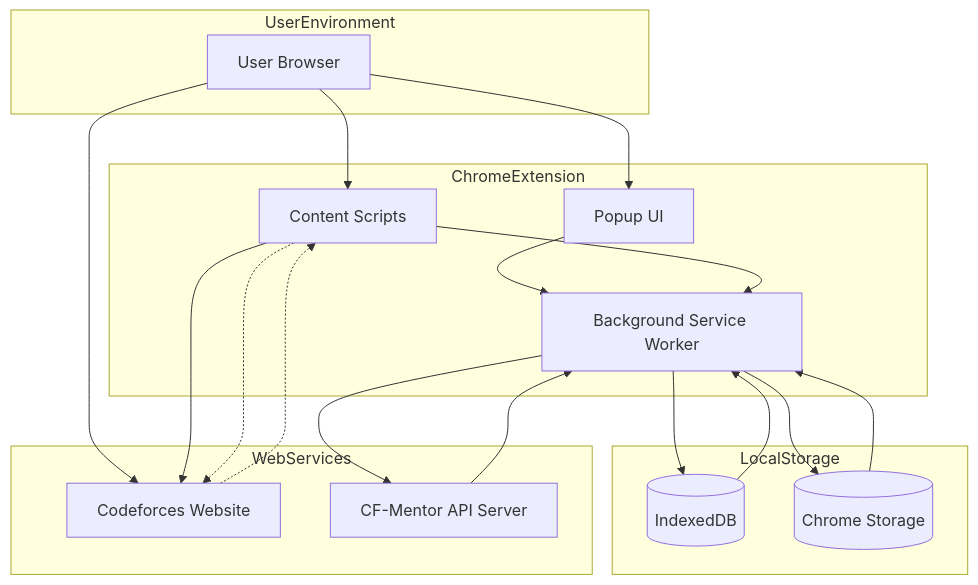
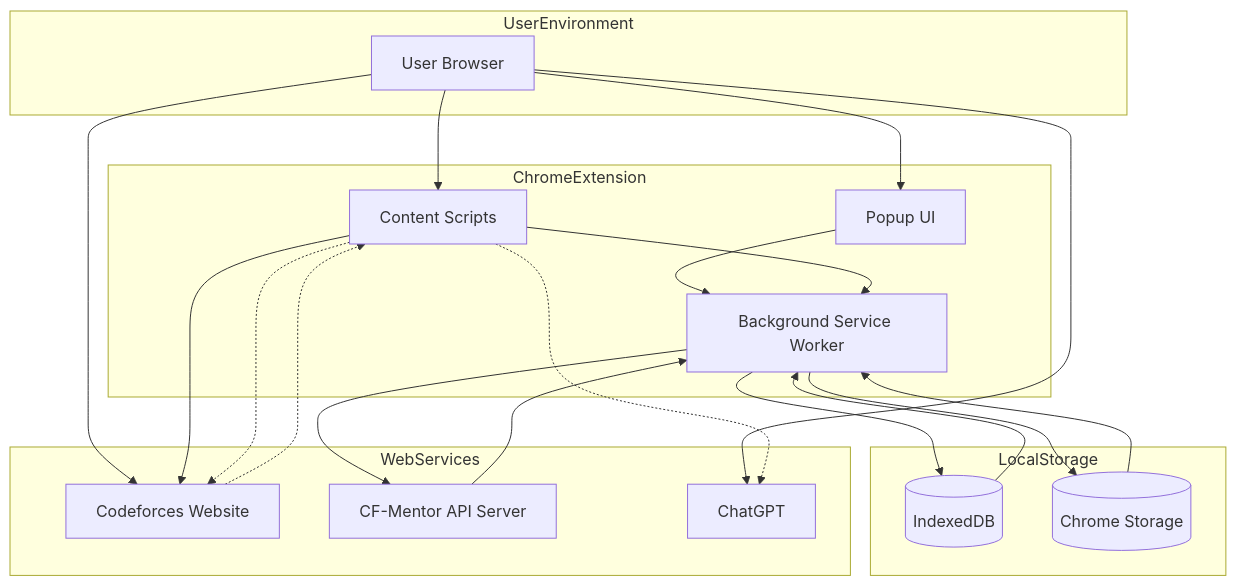
Before and after one commit to aftabnaik19/CF-Mentor: the diagram in .github/diagrams/deployment-diagram.md, drawn with Mermaid. The commit also changed 8 other files, not shown here.

````diff
--- a/.github/diagrams/deployment-diagram.md
+++ b/.github/diagrams/deployment-diagram.md
@@ -3,41 +3,44 @@
 ```mermaid
 graph TD
     subgraph UserEnvironment
         UB[User Browser]
     end
 
     subgraph ChromeExtension
         BG[Background Service Worker]
         POP[Popup UI]
         CS[Content Scripts]
     end
 
     subgraph WebServices
         CF[Codeforces Website]
         API[CF-Mentor API Server]
+        AI[ChatGPT]
     end
 
     subgraph LocalStorage
         IDB[(IndexedDB)]
         CHST[(Chrome Storage)]
     end
 
     UB --> POP
     UB --> CS
     UB --> CF
+    UB --> AI
 
     POP --> BG
     CS --> BG
     CS --> CF
+    CS -.-> AI
 
     BG --> API
     BG --> IDB
     BG --> CHST
 
     API --> BG
     IDB --> BG
     CHST --> BG
 
     CF -.-> CS
     CS -.-> CF
 ```
````
